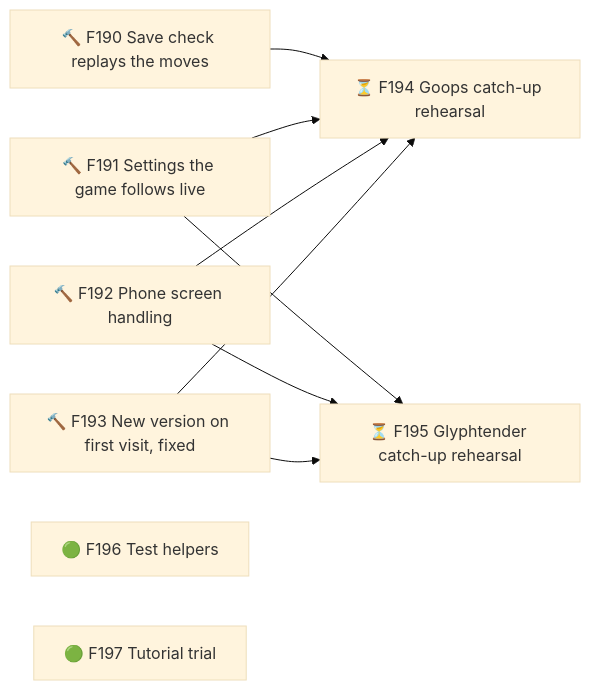
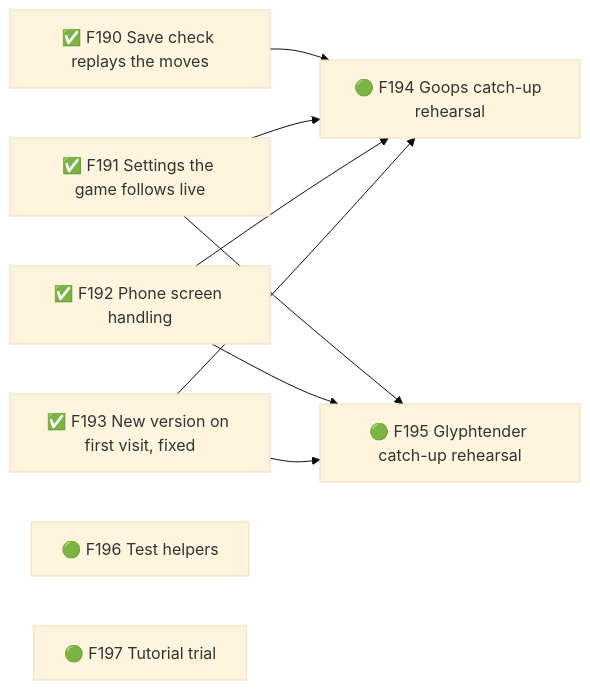
One commit to TheBlueMuzzy/framework changed diagram 36 of 36 in .planning/ROADMAP.md. Above: the diagram before and after it, drawn with Mermaid (base theme). The commit also changed other lines of this file and 2 other files, not shown here.

Commit message:
F190, F191, F192, F193: done (approved by Muzzy)

````diff
--- a/.planning/ROADMAP.md
+++ b/.planning/ROADMAP.md
@@ -572,18 +572,18 @@
 ```mermaid
 flowchart LR
-  F190[🔨 F190 Save check replays the moves]
-  F191[🔨 F191 Settings the game follows live]
-  F192[🔨 F192 Phone screen handling]
-  F193[🔨 F193 New version on first visit, fixed]
-  F194[⏳ F194 Goops catch-up rehearsal]
-  F195[⏳ F195 Glyphtender catch-up rehearsal]
+  F190[✅ F190 Save check replays the moves]
+  F191[✅ F191 Settings the game follows live]
+  F192[✅ F192 Phone screen handling]
+  F193[✅ F193 New version on first visit, fixed]
+  F194[🟢 F194 Goops catch-up rehearsal]
+  F195[🟢 F195 Glyphtender catch-up rehearsal]
   F196[🟢 F196 Test helpers]
   F197[🟢 F197 Tutorial trial]
   F190 --> F194
   F191 --> F194
   F192 --> F194
   F193 --> F194
   F191 --> F195
   F192 --> F195
   F193 --> F195
 ```
````
